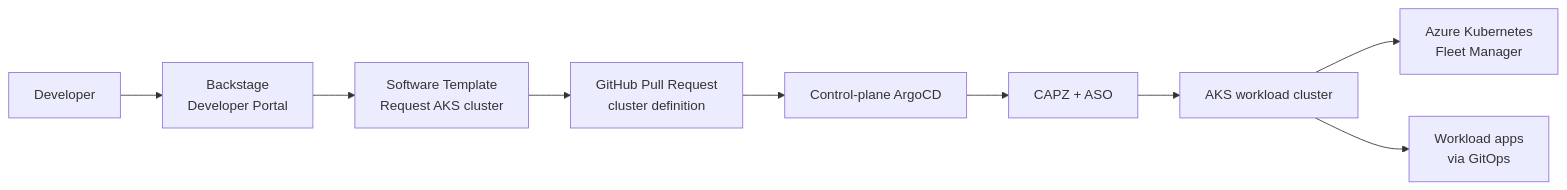
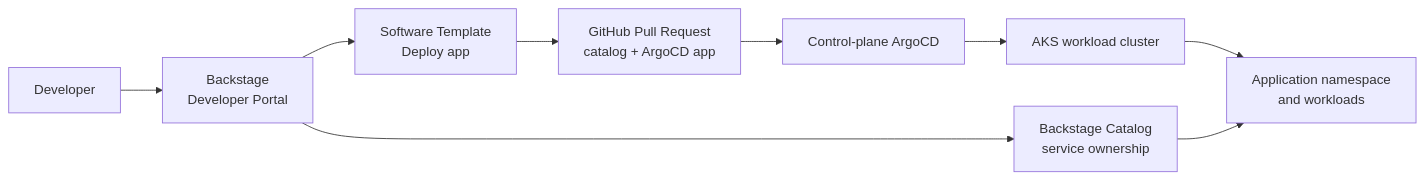
The diagram in docs/backstage-feature-demo.md (zhangchl007/aks-platform-engineering), drawn with Mermaid before and after one commit. The commit also changed other lines of this file and 10 other files, not shown here.

Commit message:
Add Backstage app deployment demo

````diff
--- a/docs/backstage-feature-demo.md
+++ b/docs/backstage-feature-demo.md
@@ -21,11 +26,11 @@
 ```mermaid
 flowchart LR
   Dev["Developer"] --> Portal["Backstage<br/>Developer Portal"]
-  Portal --> Template["Software Template<br/>Request AKS cluster"]
-  Template --> PR["GitHub Pull Request<br/>cluster definition"]
+  Portal --> Template["Software Template<br/>Deploy app"]
+  Template --> PR["GitHub Pull Request<br/>catalog + ArgoCD app"]
   PR --> Argo["Control-plane ArgoCD"]
-  Argo --> CAPZ["CAPZ + ASO"]
-  CAPZ --> AKS["AKS workload cluster"]
-  AKS --> Fleet["Azure Kubernetes<br/>Fleet Manager"]
-  AKS --> Apps["Workload apps<br/>via GitOps"]
+  Argo --> AKS["AKS workload cluster"]
+  AKS --> App["Application namespace<br/>and workloads"]
+  Portal --> Catalog["Backstage Catalog<br/>service ownership"]
+  Catalog --> App
 ```
````
